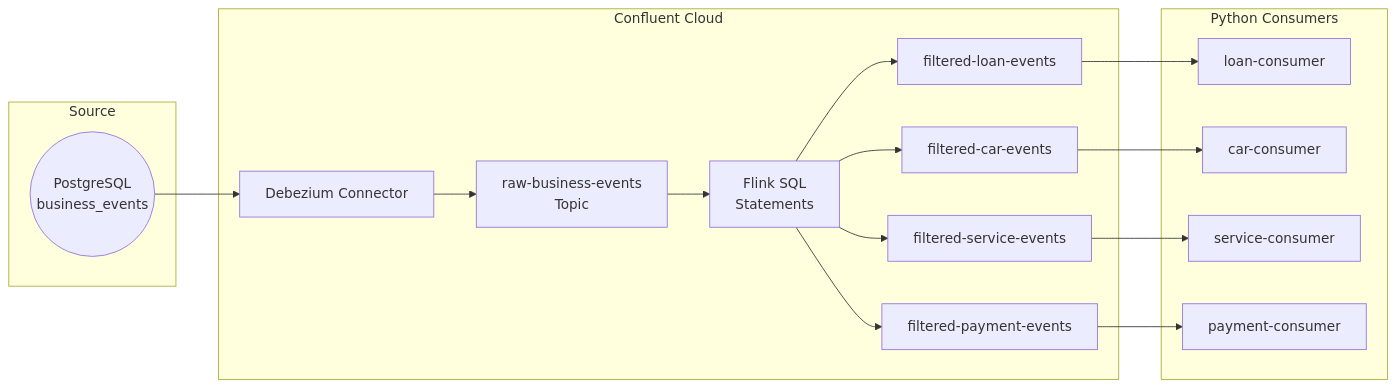
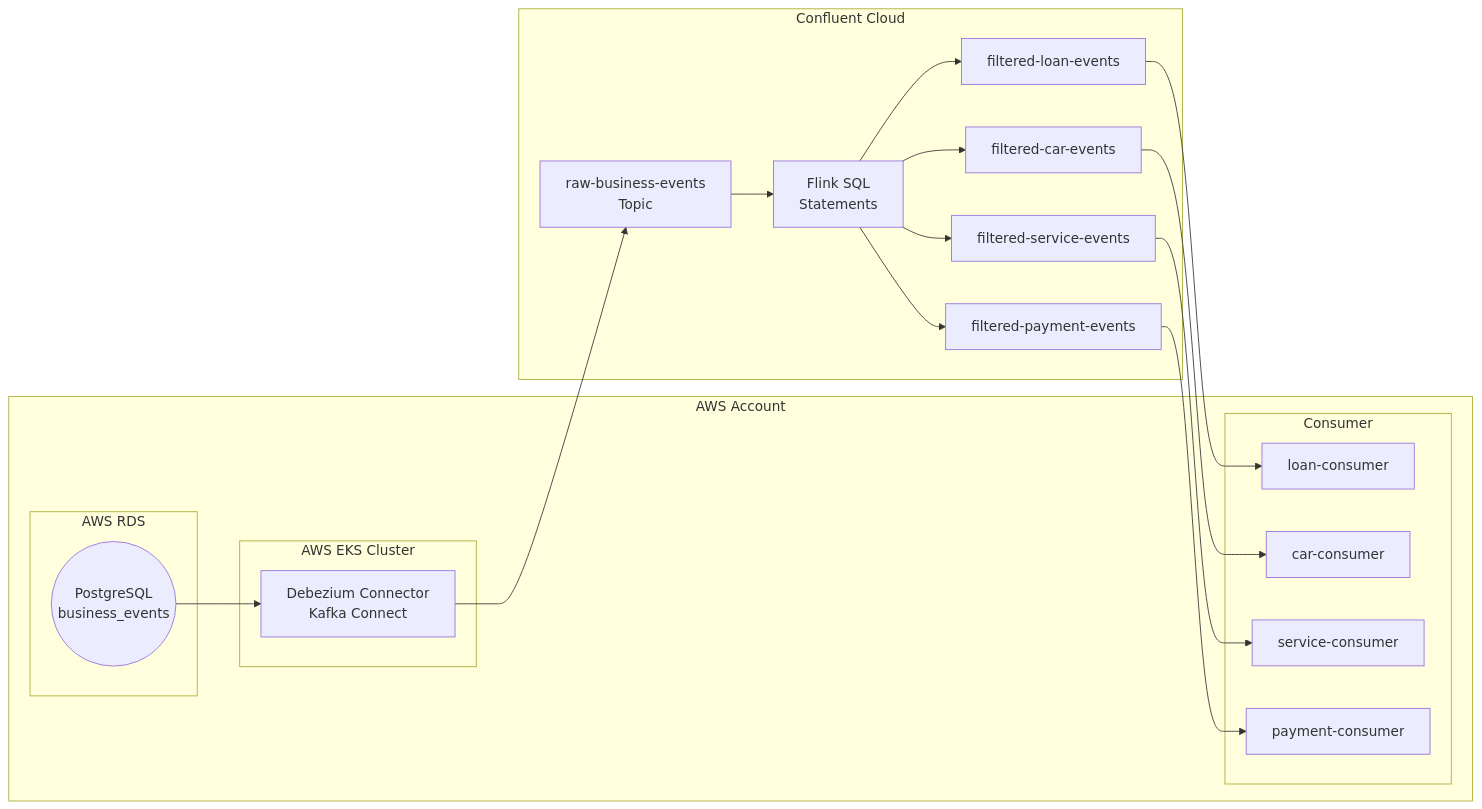
One commit to RickZee/api-performance-multi-lang changed the first of 2 diagrams in cdc-streaming/spring-boot-alternative-architecture.md. Above: the diagram before and after it, drawn with Mermaid. The commit also changed other lines of this file and 8 other files, not shown here.

````diff
--- a/cdc-streaming/spring-boot-alternative-architecture.md
+++ b/cdc-streaming/spring-boot-alternative-architecture.md
@@ -7,30 +7,37 @@
 ```mermaid
 flowchart LR
-    subgraph Source["Source"]
-        PG(("PostgreSQL\nbusiness_events"))
+    subgraph AWS["AWS Account"]
+        subgraph RDS["AWS RDS"]
+            PG(("PostgreSQL
+            business_events"))
+        end
+        subgraph EKS["AWS EKS Cluster"]
+            DC[Debezium Connector
+            Kafka Connect]
+        end
+        subgraph Consumer["Consumer"]
+            C1[loan-consumer]
+            C2[car-consumer]
+            C3[service-consumer]
+            C4[payment-consumer]
+        end
     end
 
     subgraph ConfluentCloud["Confluent Cloud"]
-        DC[Debezium Connector]
-        KR["raw-business-events\nTopic"]
-        Flink["Flink SQL\nStatements"]
+        KR["raw-business-events
+        Topic"]
+        Flink["Flink SQL
+        Statements"]
         KF1[filtered-loan-events]
         KF2[filtered-car-events]
         KF3[filtered-service-events]
         KF4[filtered-payment-events]
-    end
-
-    subgraph Consumers["Python Consumers"]
-        C1[loan-consumer]
-        C2[car-consumer]
-        C3[service-consumer]
-        C4[payment-consumer]
     end
 
     PG --> DC --> KR --> Flink
     Flink --> KF1 & KF2 & KF3 & KF4
     KF1 --> C1
     KF2 --> C2
     KF3 --> C3
     KF4 --> C4
 ```
````
